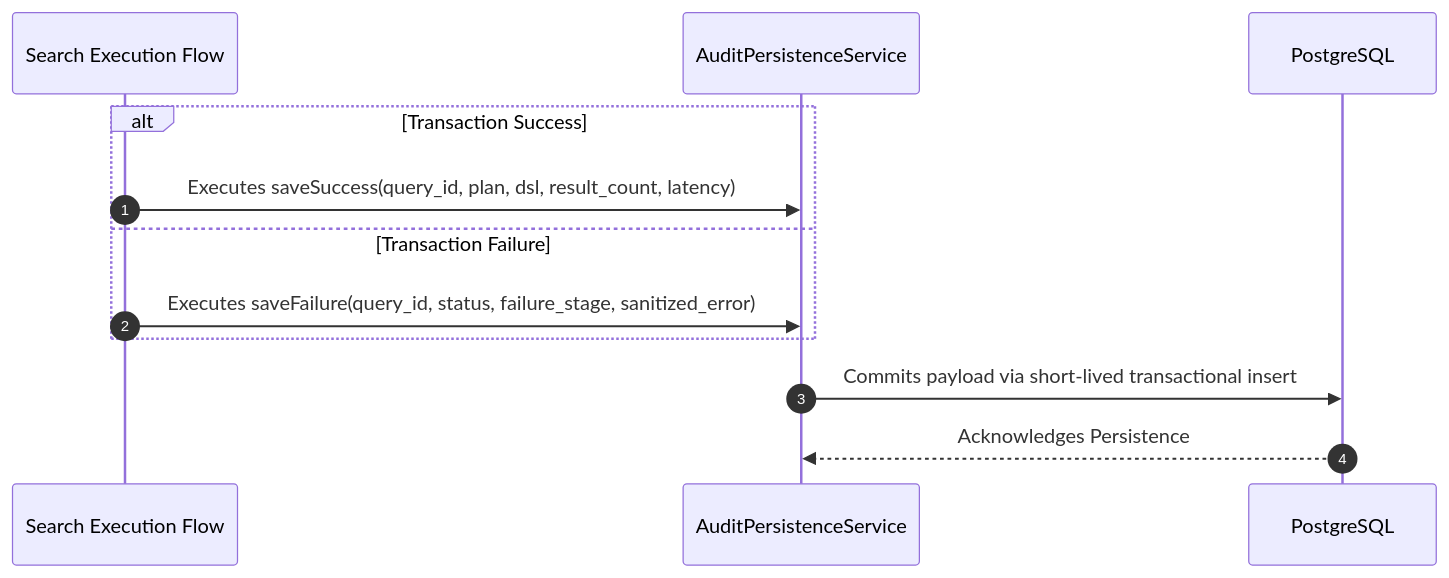
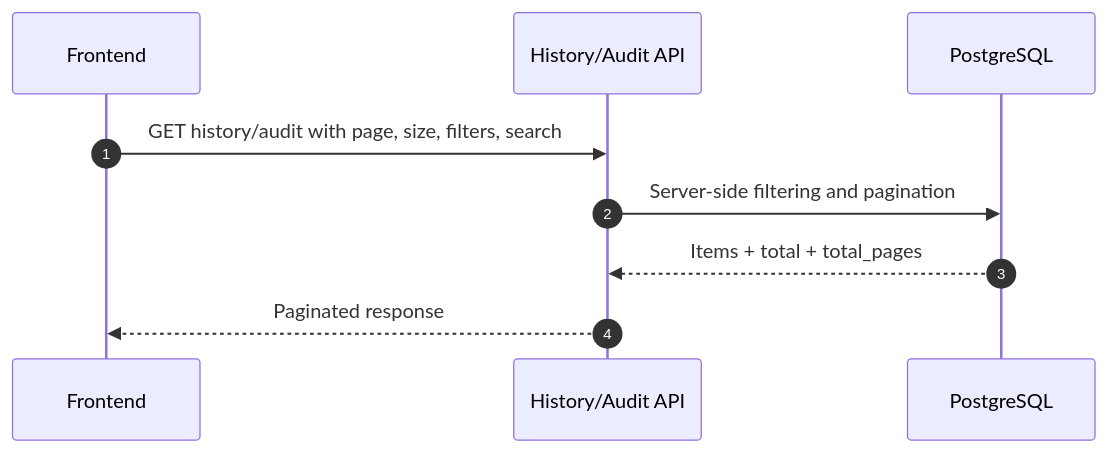
One commit to PhamVanMinhBinhThuan/soc-ai-search changed the ninth of 12 diagrams in docs/sequence-flow.md. Above: the diagram before and after it, drawn with Mermaid. The commit also changed other lines of this file and 8 other files, not shown here.

````diff
--- a/docs/sequence-flow.md
+++ b/docs/sequence-flow.md
@@ -294,16 +222,12 @@
 ```mermaid
 sequenceDiagram
     autonumber
-    participant Search as Search Execution Flow
-    participant Audit as AuditPersistenceService
+    participant FE as Frontend
+    participant API as History/Audit API
     participant PG as PostgreSQL
 
-    alt Transaction Success
-        Search->>Audit: Executes saveSuccess(query_id, plan, dsl, result_count, latency)
-    else Transaction Failure
-        Search->>Audit: Executes saveFailure(query_id, status, failure_stage, sanitized_error)
-    end
-
-    Audit->>PG: Commits payload via short-lived transactional insert
-    PG-->>Audit: Acknowledges Persistence
+    FE->>API: GET history/audit with page, size, filters, search
+    API->>PG: Server-side filtering and pagination
+    PG-->>API: Items + total + total_pages
+    API-->>FE: Paginated response
 ```
````
